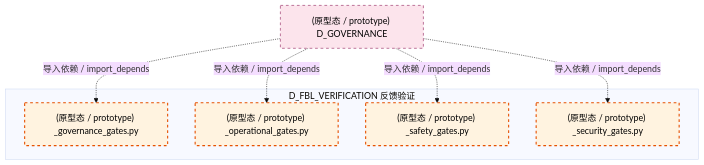
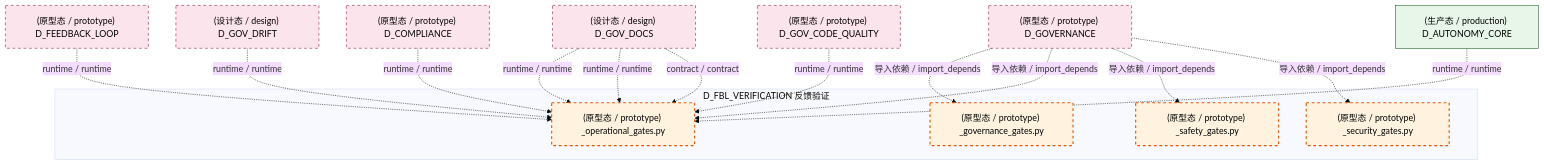
One commit to xuanFelixVan/ZephyrAlpha changed the fourth of 5 diagrams in docs/02_enterprise_architecture/02_domain_architecture_docs/11_d_fbl_verification.md. Above: the diagram before and after it, drawn with Mermaid (base theme). The commit also changed other lines of this file and 111 other files, not shown here.

````diff
--- a/docs/02_enterprise_architecture/02_domain_architecture_docs/11_d_fbl_verification.md
+++ b/docs/02_enterprise_architecture/02_domain_architecture_docs/11_d_fbl_verification.md
@@ -341,20 +342,35 @@
 ```mermaid
 graph TD
     subgraph D_FBL_VERIFICATION["D_FBL_VERIFICATION 反馈验证"]
         src_zephyr_feedback_loop_gates_governance_gates_py["(原型态 / prototype) _governance_gates.py"]
         src_zephyr_feedback_loop_gates_operational_gates_py["(原型态 / prototype) _operational_gates.py"]
         src_zephyr_feedback_loop_gates_safety_gates_py["(原型态 / prototype) _safety_gates.py"]
         src_zephyr_feedback_loop_gates_security_gates_py["(原型态 / prototype) _security_gates.py"]
     end
+    D_FEEDBACK_LOOP["(原型态 / prototype) D_FEEDBACK_LOOP"]
+    D_FEEDBACK_LOOP -.->|runtime / runtime| src_zephyr_feedback_loop_gates_operational_gates_py
+    D_GOV_DOCS["(设计态 / design) D_GOV_DOCS"]
+    D_GOV_DOCS -.->|runtime / runtime| src_zephyr_feedback_loop_gates_operational_gates_py
+    D_GOV_DRIFT["(设计态 / design) D_GOV_DRIFT"]
+    D_GOV_DRIFT -.->|runtime / runtime| src_zephyr_feedback_loop_gates_operational_gates_py
+    D_COMPLIANCE["(原型态 / prototype) D_COMPLIANCE"]
+    D_COMPLIANCE -.->|runtime / runtime| src_zephyr_feedback_loop_gates_operational_gates_py
+    D_GOV_CODE_QUALITY["(原型态 / prototype) D_GOV_CODE_QUALITY"]
+    D_GOV_CODE_QUALITY -.->|runtime / runtime| src_zephyr_feedback_loop_gates_operational_gates_py
+    D_GOV_DOCS -.->|runtime / runtime| src_zephyr_feedback_loop_gates_operational_gates_py
+    D_GOV_DOCS -.->|contract / contract| src_zephyr_feedback_loop_gates_operational_gates_py
+    D_AUTONOMY_CORE["(生产态 / production) D_AUTONOMY_CORE"]
+    D_AUTONOMY_CORE -.->|runtime / runtime| src_zephyr_feedback_loop_gates_operational_gates_py
     D_GOVERNANCE["(原型态 / prototype) D_GOVERNANCE"]
     D_GOVERNANCE -.->|导入依赖 / import_depends| src_zephyr_feedback_loop_gates_governance_gates_py
     D_GOVERNANCE -.->|导入依赖 / import_depends| src_zephyr_feedback_loop_gates_operational_gates_py
     D_GOVERNANCE -.->|导入依赖 / import_depends| src_zephyr_feedback_loop_gates_safety_gates_py
     D_GOVERNANCE -.->|导入依赖 / import_depends| src_zephyr_feedback_loop_gates_security_gates_py
     classDef production fill:#e1f5fe,stroke:#01579b,stroke-width:2px,color:#000
     classDef design fill:#fff3e0,stroke:#e65100,stroke-width:2px,color:#000,stroke-dasharray: 5 5
     classDef external_prod fill:#e8f5e9,stroke:#1b5e20,stroke-width:1px,color:#000
     classDef external_design fill:#fce4ec,stroke:#880e4f,stroke-width:1px,color:#000,stroke-dasharray: 5 5
     class src_zephyr_feedback_loop_gates_governance_gates_py,src_zephyr_feedback_loop_gates_operational_gates_py,src_zephyr_feedback_loop_gates_safety_gates_py,src_zephyr_feedback_loop_gates_security_gates_py design
-    class D_GOVERNANCE external_design
+    class D_AUTONOMY_CORE external_prod
+    class D_FEEDBACK_LOOP,D_GOV_DOCS,D_GOV_DRIFT,D_COMPLIANCE,D_GOV_CODE_QUALITY,D_GOVERNANCE external_design
 ```
````
